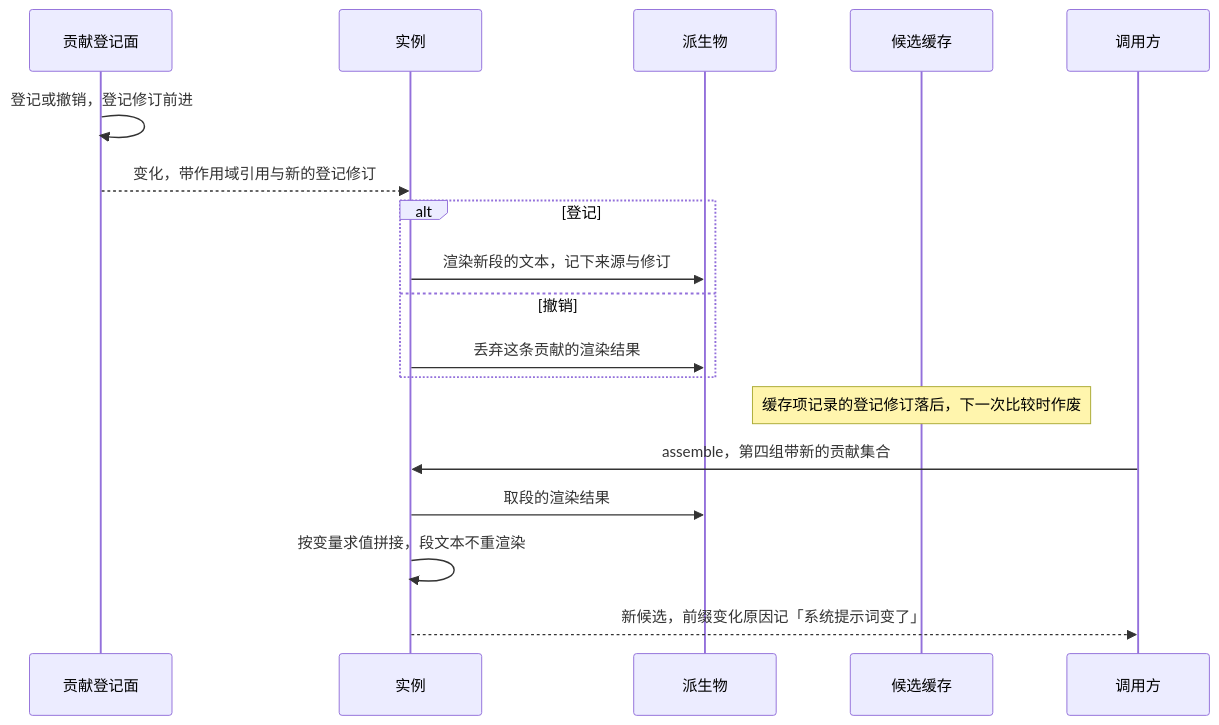
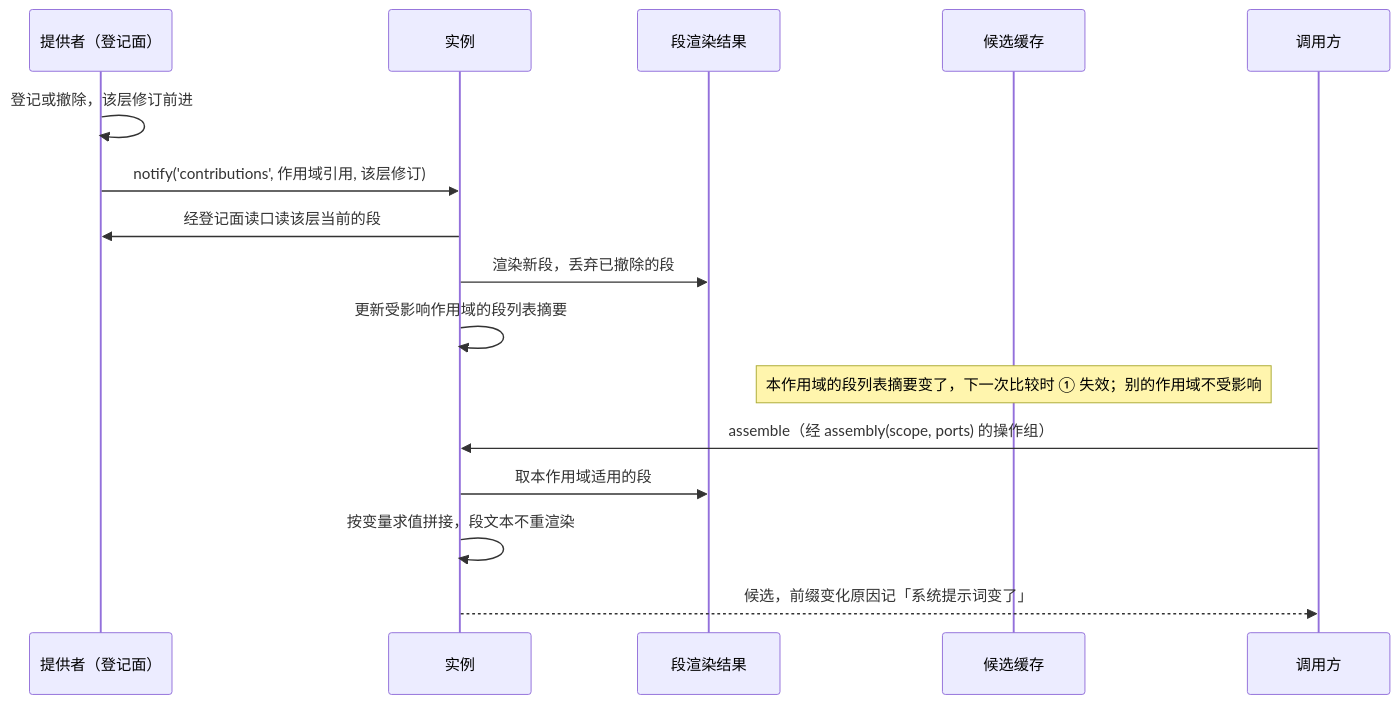
The second of 3 diagrams in packages/context/request-context/docs/flows.md (nemori-ai/omne-harness-lite), drawn with Mermaid before and after one commit. The commit also changed other lines of this file and 68 other files, not shown here.

````diff
--- a/packages/context/request-context/docs/flows.md
+++ b/packages/context/request-context/docs/flows.md
@@ -58,20 +60,18 @@
 ```mermaid
 sequenceDiagram
-  participant R as 贡献登记面
+  participant P as 提供者（登记面）
   participant I as 实例
-  participant D as 派生物
+  participant D as 段渲染结果
   participant K as 候选缓存
   participant C as 调用方
-  R->>R: 登记或撤销，登记修订前进
-  R-->>I: 变化，带作用域引用与新的登记修订
-  alt 登记
-    I->>D: 渲染新段的文本，记下来源与修订
-  else 撤销
-    I->>D: 丢弃这条贡献的渲染结果
-  end
-  Note over K: 缓存项记录的登记修订落后，下一次比较时作废
-  C->>I: assemble，第四组带新的贡献集合
-  I->>D: 取段的渲染结果
+  P->>P: 登记或撤除，该层修订前进
+  P->>I: notify('contributions', 作用域引用, 该层修订)
+  I->>P: 经登记面读口读该层当前的段
+  I->>D: 渲染新段，丢弃已撤除的段
+  I->>I: 更新受影响作用域的段列表摘要
+  Note over K: 本作用域的段列表摘要变了，下一次比较时 ① 失效；别的作用域不受影响
+  C->>I: assemble（经 assembly(scope, ports) 的操作组）
+  I->>D: 取本作用域适用的段
   I->>I: 按变量求值拼接，段文本不重渲染
-  I-->>C: 新候选，前缀变化原因记「系统提示词变了」
+  I-->>C: 候选，前缀变化原因记「系统提示词变了」
 ```
````
